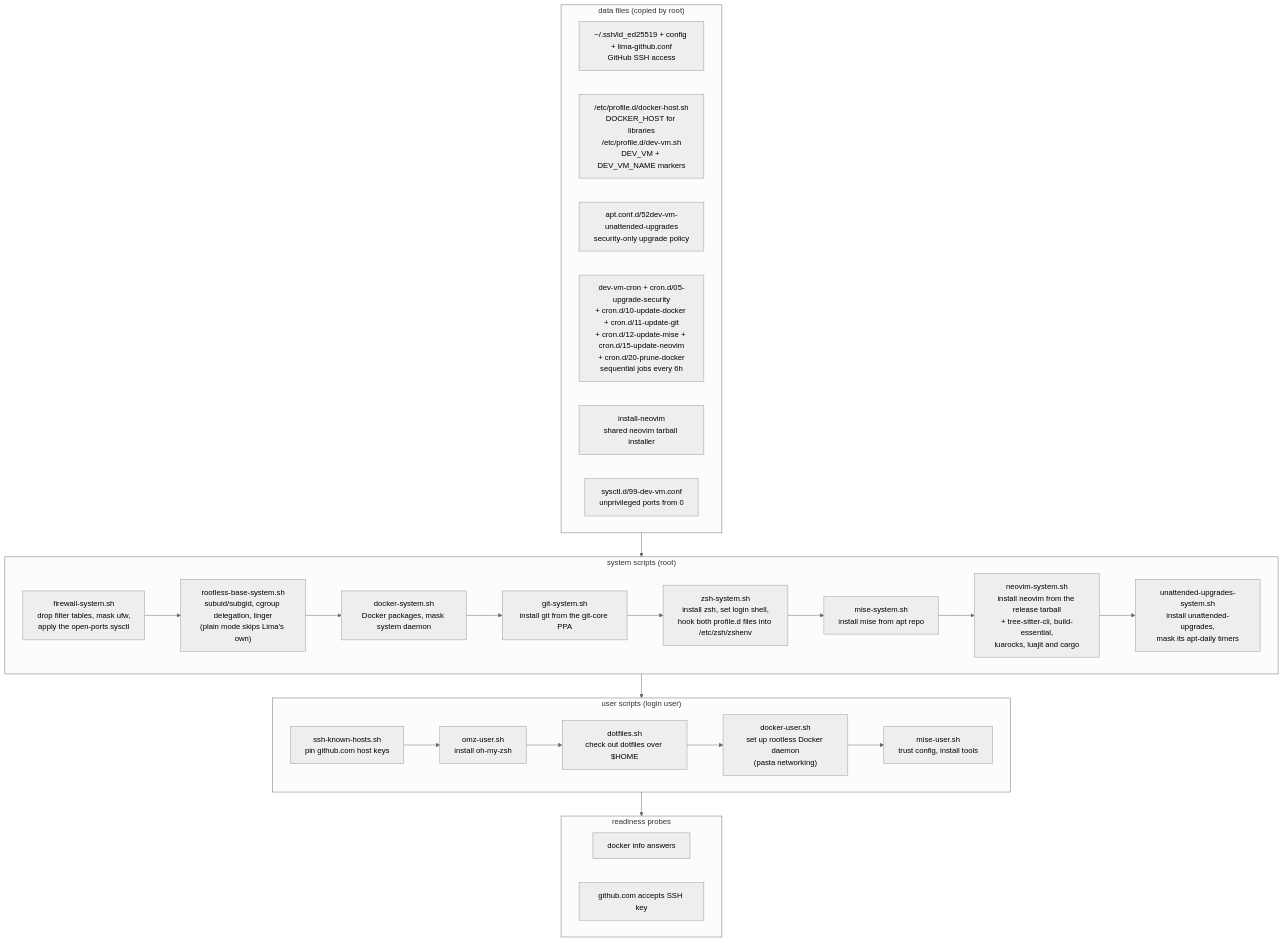
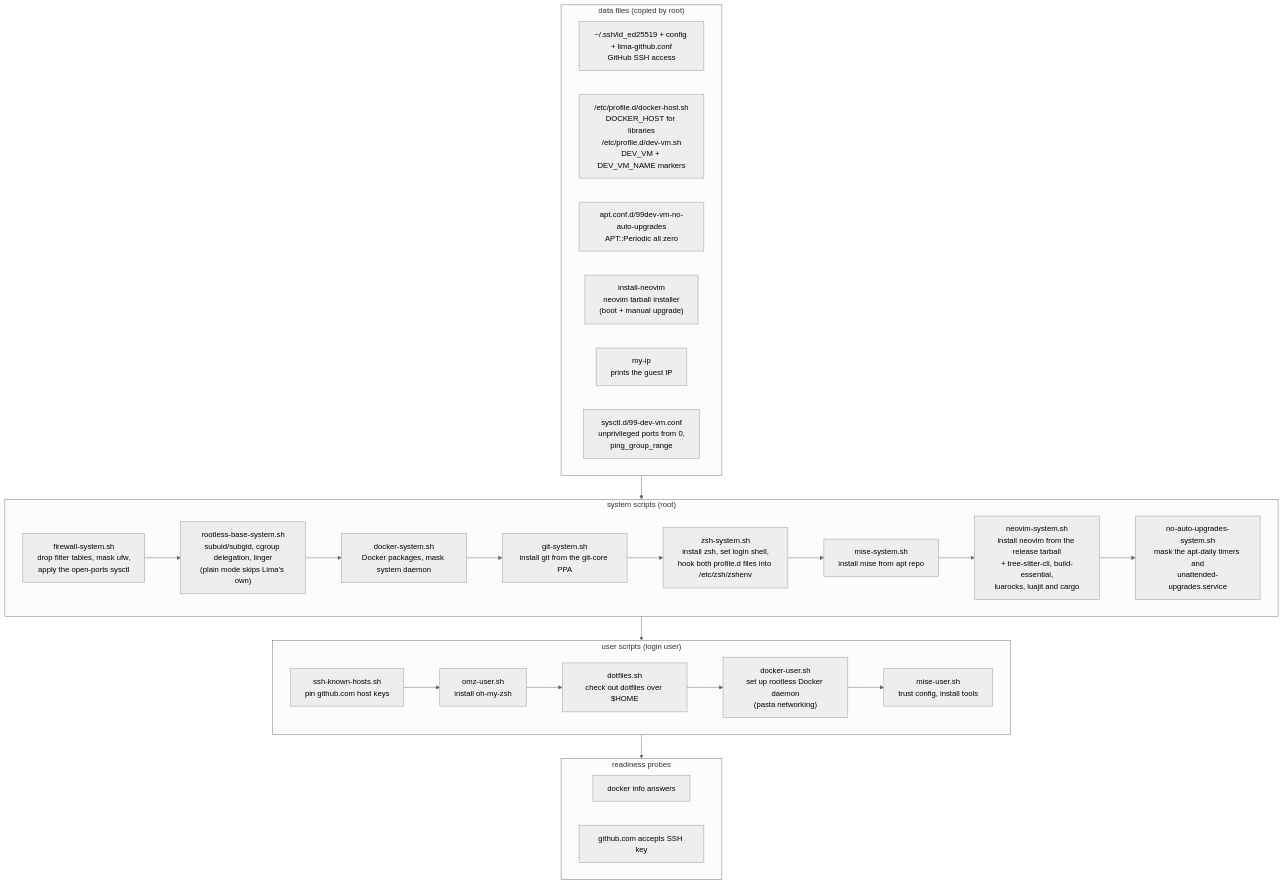
The diagram in README.md (robsonpeixoto/dev-vm), drawn with Mermaid (neutral theme) before and after one commit. The commit also changed other lines of this file and 22 other files, not shown here.

````diff
--- a/README.md
+++ b/README.md
@@ -576,41 +545,41 @@
 ```mermaid
 flowchart TD
     subgraph data["data files (copied by root)"]
         d1["~/.ssh/id_ed25519 + config + lima-github.conf<br>GitHub SSH access"]
         d2["/etc/profile.d/docker-host.sh<br>DOCKER_HOST for libraries<br>/etc/profile.d/dev-vm.sh<br>DEV_VM + DEV_VM_NAME markers"]
-        d3["apt.conf.d/52dev-vm-unattended-upgrades<br>security-only upgrade policy"]
-        d4["dev-vm-cron + cron.d/05-upgrade-security<br>+ cron.d/10-update-docker + cron.d/11-update-git<br>+ cron.d/12-update-mise + cron.d/15-update-neovim<br>+ cron.d/20-prune-docker<br>sequential jobs every 6h"]
-        d5["install-neovim<br>shared neovim tarball installer"]
-        d6["sysctl.d/99-dev-vm.conf<br>unprivileged ports from 0"]
+        d3["apt.conf.d/99dev-vm-no-auto-upgrades<br>APT::Periodic all zero"]
+        d4["install-neovim<br>neovim tarball installer<br>(boot + manual upgrade)"]
+        d5["my-ip<br>prints the guest IP"]
+        d6["sysctl.d/99-dev-vm.conf<br>unprivileged ports from 0,<br>ping_group_range"]
     end
 
     subgraph system["system scripts (root)"]
         s0["firewall-system.sh<br>drop filter tables, mask ufw,<br>apply the open-ports sysctl"]
         s0b["rootless-base-system.sh<br>subuid/subgid, cgroup delegation, linger<br>(plain mode skips Lima's own)"]
         s1["docker-system.sh<br>Docker packages, mask system daemon"]
         s1b["git-system.sh<br>install git from the git-core PPA"]
         s2["zsh-system.sh<br>install zsh, set login shell,<br>hook both profile.d files into /etc/zsh/zshenv"]
         s3["mise-system.sh<br>install mise from apt repo"]
         s4["neovim-system.sh<br>install neovim from the release tarball<br>+ tree-sitter-cli, build-essential,<br>luarocks, luajit and cargo"]
-        s5["unattended-upgrades-system.sh<br>install unattended-upgrades,<br>mask its apt-daily timers"]
+        s5["no-auto-upgrades-system.sh<br>mask the apt-daily timers and<br>unattended-upgrades.service"]
     end
 
     subgraph user["user scripts (login user)"]
         u1["ssh-known-hosts.sh<br>pin github.com host keys"]
         u2["omz-user.sh<br>install oh-my-zsh"]
         u3["dotfiles.sh<br>check out dotfiles over $HOME"]
         u4["docker-user.sh<br>set up rootless Docker daemon<br>(pasta networking)"]
         u5["mise-user.sh<br>trust config, install tools"]
     end
 
     subgraph probes["readiness probes"]
         p1["docker info answers"]
         p2["github.com accepts SSH key"]
     end
 
     data --> system
     s0 --> s0b --> s1 --> s1b --> s2 --> s3 --> s4 --> s5
     system --> user
     u1 --> u2 --> u3 --> u4 --> u5
     user --> probes
 ```
````
